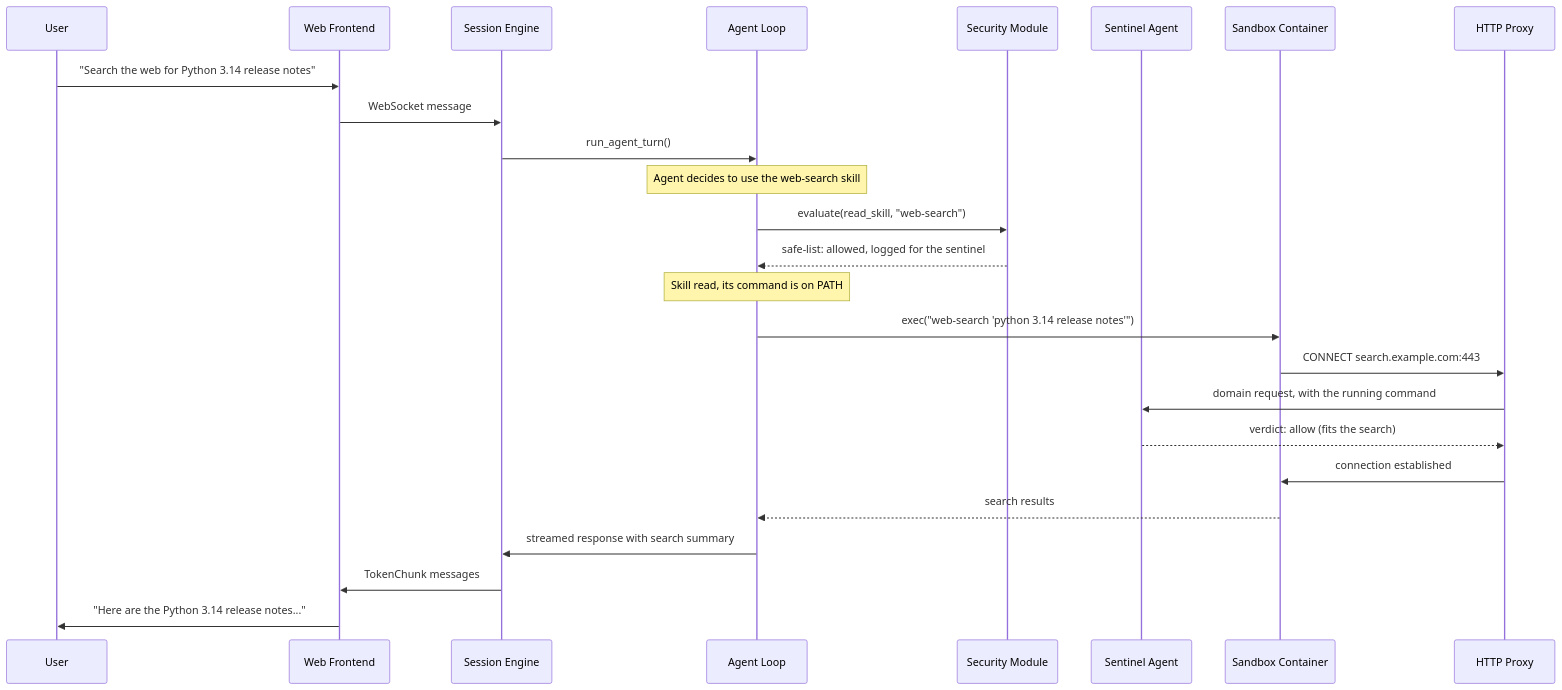
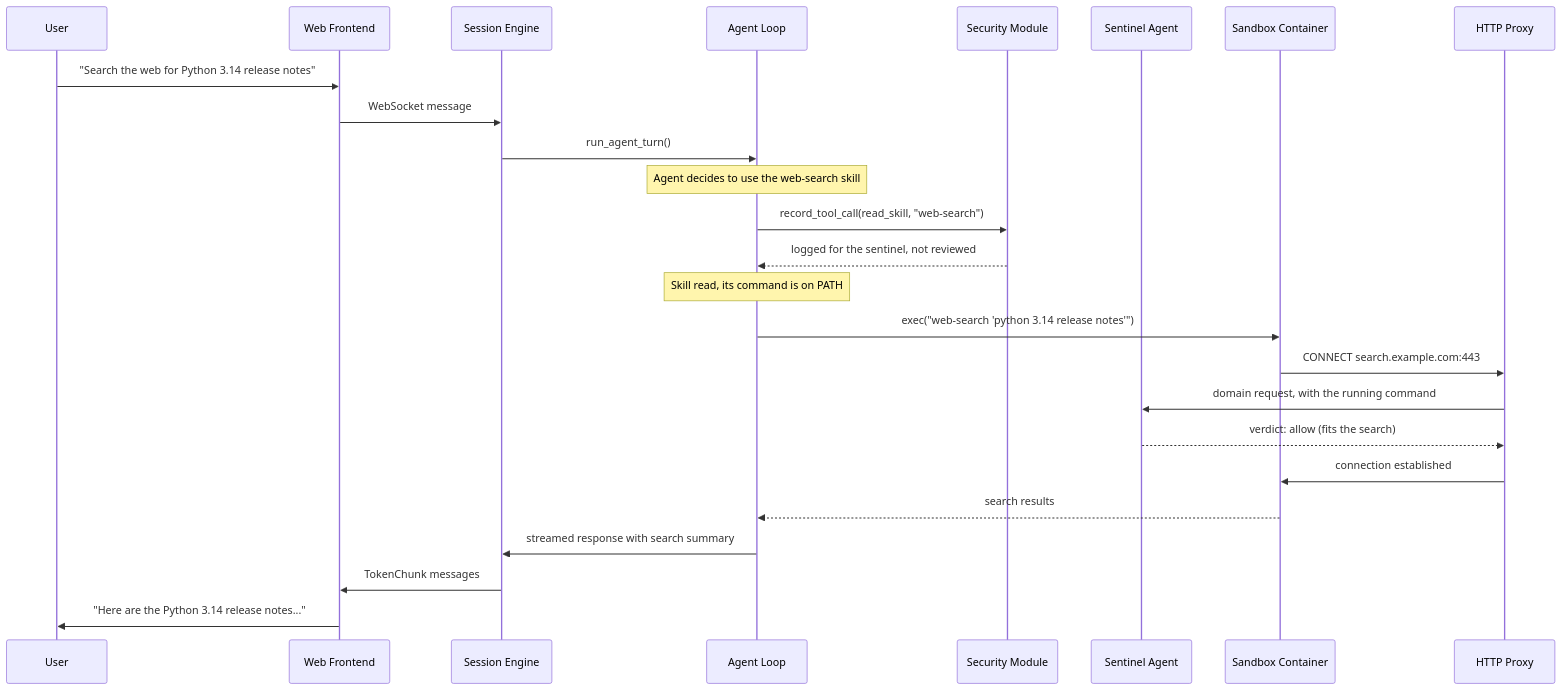
The third of 3 diagrams in docs/architecture.md (thiesgerken/carapace), drawn with Mermaid before and after one commit. The commit also changed other lines of this file and 41 other files, not shown here.

First line of the commit message:
🔥 remove: drop the unreachable tool-level sentinel gate

````diff
--- a/docs/architecture.md
+++ b/docs/architecture.md
@@ -389,33 +389,33 @@
 ```mermaid
 sequenceDiagram
     participant User
     participant Frontend as Web Frontend
     participant Engine as Session Engine
     participant Agent as Agent Loop
     participant Security as Security Module
     participant Sentinel as Sentinel Agent
     participant Sandbox as Sandbox Container
     participant Proxy as HTTP Proxy
 
     User->>Frontend: "Search the web for Python 3.14 release notes"
     Frontend->>Engine: WebSocket message
     Engine->>Agent: run_agent_turn()
 
     Note over Agent: Agent decides to use the web-search skill
 
-    Agent->>Security: evaluate(read_skill, "web-search")
-    Security-->>Agent: safe-list: allowed, logged for the sentinel
+    Agent->>Security: record_tool_call(read_skill, "web-search")
+    Security-->>Agent: logged for the sentinel, not reviewed
 
     Note over Agent: Skill read, its command is on PATH
 
     Agent->>Sandbox: exec("web-search 'python 3.14 release notes'")
     Sandbox->>Proxy: CONNECT search.example.com:443
     Proxy->>Sentinel: domain request, with the running command
     Sentinel-->>Proxy: verdict: allow (fits the search)
     Proxy->>Sandbox: connection established
     Sandbox-->>Agent: search results
 
     Agent->>Engine: streamed response with search summary
     Engine->>Frontend: TokenChunk messages
     Frontend->>User: "Here are the Python 3.14 release notes..."
 ```
````
